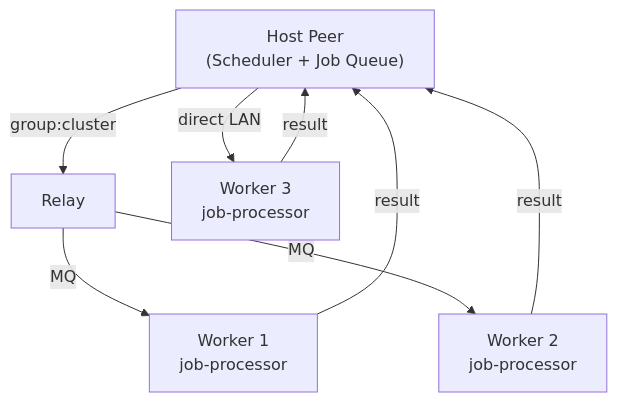
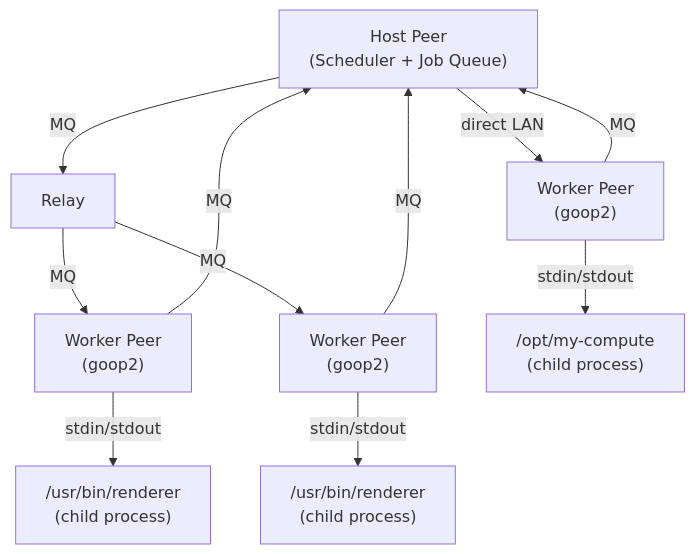
The first of 3 diagrams in CLUSTER_COMPUTE.md (petervdpas/goop2), drawn with Mermaid before and after one commit. The commit also changed other lines of this file and 12 other files, not shown here.

````diff
--- a/CLUSTER_COMPUTE.md
+++ b/CLUSTER_COMPUTE.md
@@ -7,17 +7,24 @@
 ```mermaid
 graph TB
     Host["Host Peer<br/>(Scheduler + Job Queue)"]
     R["Relay"]
-    W1["Worker 1<br/>job-processor"]
-    W2["Worker 2<br/>job-processor"]
-    W3["Worker 3<br/>job-processor"]
+    W1["Worker Peer<br/>(goop2)"]
+    W2["Worker Peer<br/>(goop2)"]
+    W3["Worker Peer<br/>(goop2)"]
+    B1["/usr/bin/renderer<br/>(child process)"]
+    B2["/usr/bin/renderer<br/>(child process)"]
+    B3["/opt/my-compute<br/>(child process)"]
 
-    Host -->|"group:cluster"| R
+    Host -->|MQ| R
     R -->|MQ| W1
     R -->|MQ| W2
     Host -->|"direct LAN"| W3
 
-    W1 -->|result| Host
-    W2 -->|result| Host
-    W3 -->|result| Host
+    W1 -->|"stdin/stdout"| B1
+    W2 -->|"stdin/stdout"| B2
+    W3 -->|"stdin/stdout"| B3
+
+    W1 -->|MQ| Host
+    W2 -->|MQ| Host
+    W3 -->|MQ| Host
 ```
````
